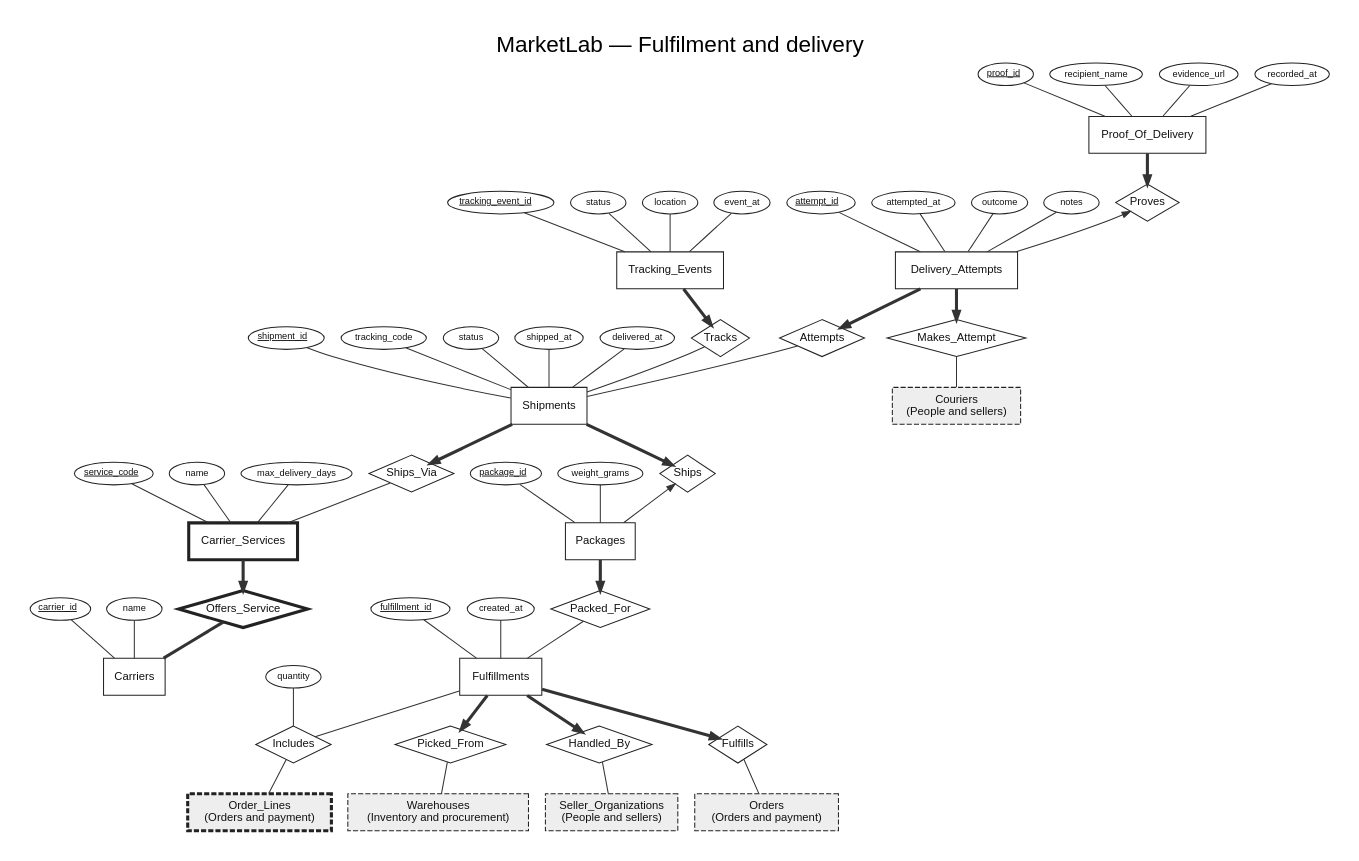
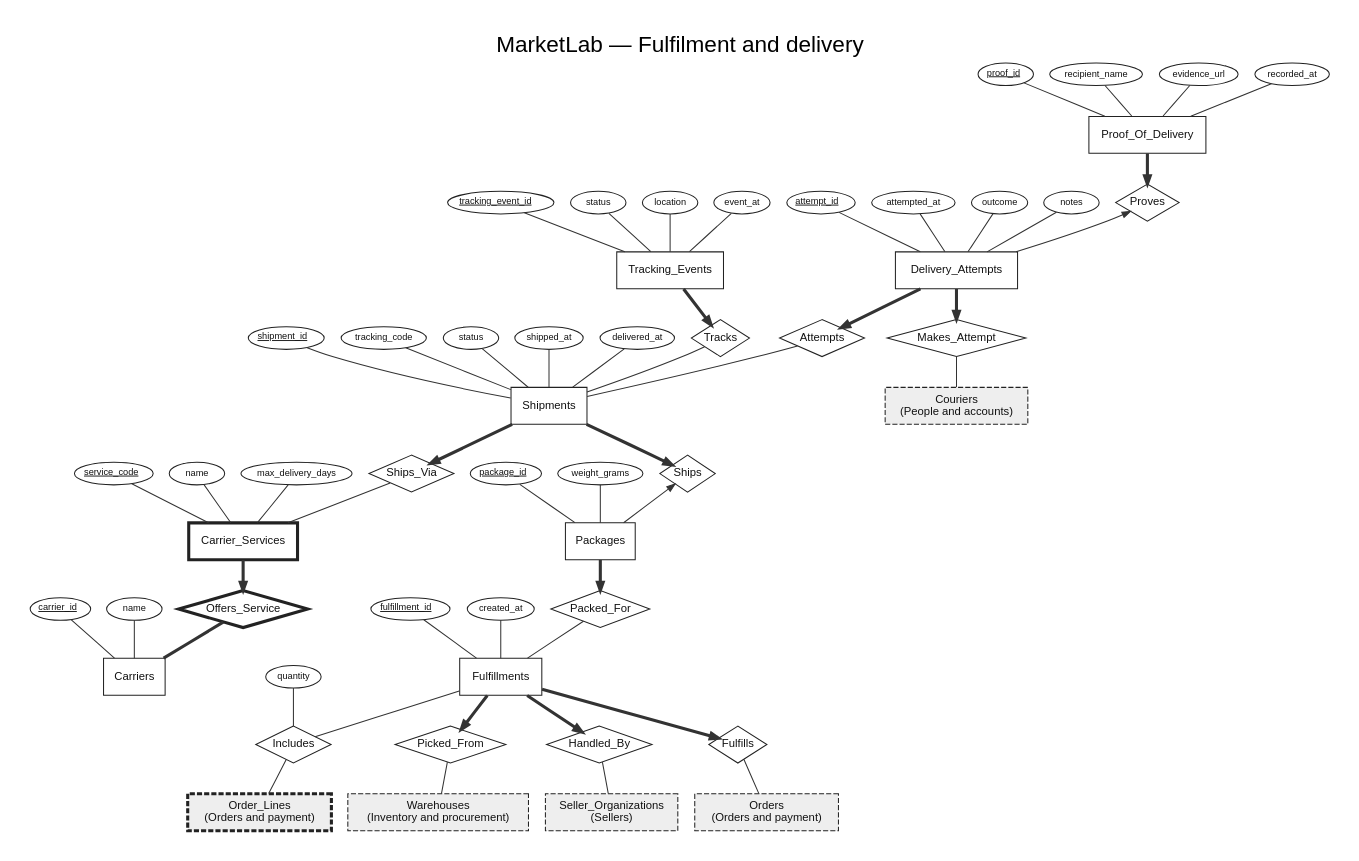
The diagram in docs/er/area-delivery.dot (Barlassen/CS_202_Project), drawn with Graphviz before and after one commit. The commit also changed 47 other files, not shown here.

First line of the commit message:
Word submission document generated from the ER model

```diff
--- a/docs/er/area-delivery.dot
+++ b/docs/er/area-delivery.dot
@@ -1,113 +1,113 @@
 digraph ER {
 graph [compound=true, rankdir=TB, newrank=true, nodesep=0.22, ranksep=0.42, fontname="Helvetica", fontsize=22, labelloc=t, label="MarketLab — Fulfilment and delivery", pad=0.3];
 node [fontname="Helvetica", fontsize=11, color="#222222", fontcolor="#111111"];
 edge [color="#333333", arrowsize=0.8, fontname="Helvetica", fontsize=9];
 E_carrier_services [shape=box, penwidth=3, label="Carrier_Services"];
 P__carrier_services__service_code [shape=ellipse, fontsize=9, margin="0.04,0.02", height=0.3, label=<<U>service_code</U>>];
 P__carrier_services__service_code -> E_carrier_services [dir=none];
 A__carrier_services__name [shape=ellipse, fontsize=9, margin="0.04,0.02", height=0.3, label="name"];
 A__carrier_services__name -> E_carrier_services [dir=none];
 A__carrier_services__max_delivery_days [shape=ellipse, fontsize=9, margin="0.04,0.02", height=0.3, label="max_delivery_days"];
 A__carrier_services__max_delivery_days -> E_carrier_services [dir=none];
 E_carriers [shape=box, penwidth=1, label="Carriers"];
 A__carriers__carrier_id [shape=ellipse, fontsize=9, margin="0.04,0.02", height=0.3, label=<<U>carrier_id</U>>];
 A__carriers__carrier_id -> E_carriers [dir=none];
 A__carriers__name [shape=ellipse, fontsize=9, margin="0.04,0.02", height=0.3, label="name"];
 A__carriers__name -> E_carriers [dir=none];
 E_couriers [shape=box, style="filled,dashed", fillcolor="#eeeeee", penwidth=1, label="Couriers
-(People and sellers)"];
+(People and accounts)"];
 E_delivery_attempts [shape=box, penwidth=1, label="Delivery_Attempts"];
 A__delivery_attempts__attempt_id [shape=ellipse, fontsize=9, margin="0.04,0.02", height=0.3, label=<<U>attempt_id</U>>];
 A__delivery_attempts__attempt_id -> E_delivery_attempts [dir=none];
 A__delivery_attempts__attempted_at [shape=ellipse, fontsize=9, margin="0.04,0.02", height=0.3, label="attempted_at"];
 A__delivery_attempts__attempted_at -> E_delivery_attempts [dir=none];
 A__delivery_attempts__outcome [shape=ellipse, fontsize=9, margin="0.04,0.02", height=0.3, label="outcome"];
 A__delivery_attempts__outcome -> E_delivery_attempts [dir=none];
 A__delivery_attempts__notes [shape=ellipse, fontsize=9, margin="0.04,0.02", height=0.3, label="notes"];
 A__delivery_attempts__notes -> E_delivery_attempts [dir=none];
 E_fulfillments [shape=box, penwidth=1, label="Fulfillments"];
 A__fulfillments__fulfillment_id [shape=ellipse, fontsize=9, margin="0.04,0.02", height=0.3, label=<<U>fulfillment_id</U>>];
 A__fulfillments__fulfillment_id -> E_fulfillments [dir=none];
 A__fulfillments__created_at [shape=ellipse, fontsize=9, margin="0.04,0.02", height=0.3, label="created_at"];
 A__fulfillments__created_at -> E_fulfillments [dir=none];
 E_order_lines [shape=box, style="filled,dashed", fillcolor="#eeeeee", penwidth=3, label="Order_Lines
 (Orders and payment)"];
 E_orders [shape=box, style="filled,dashed", fillcolor="#eeeeee", penwidth=1, label="Orders
 (Orders and payment)"];
 E_packages [shape=box, penwidth=1, label="Packages"];
 A__packages__package_id [shape=ellipse, fontsize=9, margin="0.04,0.02", height=0.3, label=<<U>package_id</U>>];
 A__packages__package_id -> E_packages [dir=none];
 A__packages__weight_grams [shape=ellipse, fontsize=9, margin="0.04,0.02", height=0.3, label="weight_grams"];
 A__packages__weight_grams -> E_packages [dir=none];
 E_proof_of_delivery [shape=box, penwidth=1, label="Proof_Of_Delivery"];
 A__proof_of_delivery__proof_id [shape=ellipse, fontsize=9, margin="0.04,0.02", height=0.3, label=<<U>proof_id</U>>];
 A__proof_of_delivery__proof_id -> E_proof_of_delivery [dir=none];
 A__proof_of_delivery__recipient_name [shape=ellipse, fontsize=9, margin="0.04,0.02", height=0.3, label="recipient_name"];
 A__proof_of_delivery__recipient_name -> E_proof_of_delivery [dir=none];
 A__proof_of_delivery__evidence_url [shape=ellipse, fontsize=9, margin="0.04,0.02", height=0.3, label="evidence_url"];
 A__proof_of_delivery__evidence_url -> E_proof_of_delivery [dir=none];
 A__proof_of_delivery__recorded_at [shape=ellipse, fontsize=9, margin="0.04,0.02", height=0.3, label="recorded_at"];
 A__proof_of_delivery__recorded_at -> E_proof_of_delivery [dir=none];
 E_seller_organizations [shape=box, style="filled,dashed", fillcolor="#eeeeee", penwidth=1, label="Seller_Organizations
-(People and sellers)"];
+(Sellers)"];
 E_shipments [shape=box, penwidth=1, label="Shipments"];
 A__shipments__shipment_id [shape=ellipse, fontsize=9, margin="0.04,0.02", height=0.3, label=<<U>shipment_id</U>>];
 A__shipments__shipment_id -> E_shipments [dir=none];
 A__shipments__tracking_code [shape=ellipse, fontsize=9, margin="0.04,0.02", height=0.3, label="tracking_code"];
 A__shipments__tracking_code -> E_shipments [dir=none];
 A__shipments__status [shape=ellipse, fontsize=9, margin="0.04,0.02", height=0.3, label="status"];
 A__shipments__status -> E_shipments [dir=none];
 A__shipments__shipped_at [shape=ellipse, fontsize=9, margin="0.04,0.02", height=0.3, label="shipped_at"];
 A__shipments__shipped_at -> E_shipments [dir=none];
 A__shipments__delivered_at [shape=ellipse, fontsize=9, margin="0.04,0.02", height=0.3, label="delivered_at"];
 A__shipments__delivered_at -> E_shipments [dir=none];
 E_tracking_events [shape=box, penwidth=1, label="Tracking_Events"];
 A__tracking_events__tracking_event_id [shape=ellipse, fontsize=9, margin="0.04,0.02", height=0.3, label=<<U>tracking_event_id</U>>];
 A__tracking_events__tracking_event_id -> E_tracking_events [dir=none];
 A__tracking_events__status [shape=ellipse, fontsize=9, margin="0.04,0.02", height=0.3, label="status"];
 A__tracking_events__status -> E_tracking_events [dir=none];
 A__tracking_events__location [shape=ellipse, fontsize=9, margin="0.04,0.02", height=0.3, label="location"];
 A__tracking_events__location -> E_tracking_events [dir=none];
 A__tracking_events__event_at [shape=ellipse, fontsize=9, margin="0.04,0.02", height=0.3, label="event_at"];
 A__tracking_events__event_at -> E_tracking_events [dir=none];
 E_warehouses [shape=box, style="filled,dashed", fillcolor="#eeeeee", penwidth=1, label="Warehouses
 (Inventory and procurement)"];
 R71 [shape=diamond, penwidth=1, margin="0.02,0.02", label="Picked_From"];
 E_fulfillments -> R71 [dir=forward, arrowhead=normal, penwidth=3];
 R71 -> E_warehouses [dir=none];
 R72 [shape=diamond, penwidth=1, margin="0.02,0.02", label="Handled_By"];
 E_fulfillments -> R72 [dir=forward, arrowhead=normal, penwidth=3];
 R72 -> E_seller_organizations [dir=none];
 R73 [shape=diamond, penwidth=1, margin="0.02,0.02", label="Fulfills"];
 E_fulfillments -> R73 [dir=forward, arrowhead=normal, penwidth=3];
 R73 -> E_orders [dir=none];
 R74 [shape=diamond, penwidth=1, margin="0.02,0.02", label="Packed_For"];
 E_packages -> R74 [dir=forward, arrowhead=normal, penwidth=3];
 R74 -> E_fulfillments [dir=none];
 R75 [shape=diamond, penwidth=3, margin="0.02,0.02", label="Offers_Service"];
 E_carrier_services -> R75 [dir=forward, arrowhead=normal, penwidth=3];
 R75 -> E_carriers [dir=none, penwidth=3];
 R76 [shape=diamond, penwidth=1, margin="0.02,0.02", label="Ships_Via"];
 E_shipments -> R76 [dir=forward, arrowhead=normal, penwidth=3];
 R76 -> E_carrier_services [dir=none];
 R77 [shape=diamond, penwidth=1, margin="0.02,0.02", label="Ships"];
 E_shipments -> R77 [dir=forward, arrowhead=normal, penwidth=3];
 R77 -> E_packages [dir=back, arrowtail=normal];
 R78 [shape=diamond, penwidth=1, margin="0.02,0.02", label="Tracks"];
 E_tracking_events -> R78 [dir=forward, arrowhead=normal, penwidth=3];
 R78 -> E_shipments [dir=none];
 R79 [shape=diamond, penwidth=1, margin="0.02,0.02", label="Makes_Attempt"];
 E_delivery_attempts -> R79 [dir=forward, arrowhead=normal, penwidth=3];
 R79 -> E_couriers [dir=none];
 R80 [shape=diamond, penwidth=1, margin="0.02,0.02", label="Attempts"];
 E_delivery_attempts -> R80 [dir=forward, arrowhead=normal, penwidth=3];
 R80 -> E_shipments [dir=none];
 R81 [shape=diamond, penwidth=1, margin="0.02,0.02", label="Proves"];
 E_proof_of_delivery -> R81 [dir=forward, arrowhead=normal, penwidth=3];
 R81 -> E_delivery_attempts [dir=back, arrowtail=normal];
 R101 [shape=diamond, penwidth=1, margin="0.02,0.02", label="Includes"];
 RA101__quantity [shape=ellipse, fontsize=9, margin="0.04,0.02", height=0.3, label="quantity"];
 RA101__quantity -> R101 [dir=none];
 E_fulfillments -> R101 [dir=none];
 R101 -> E_order_lines [dir=none];
 }
```
